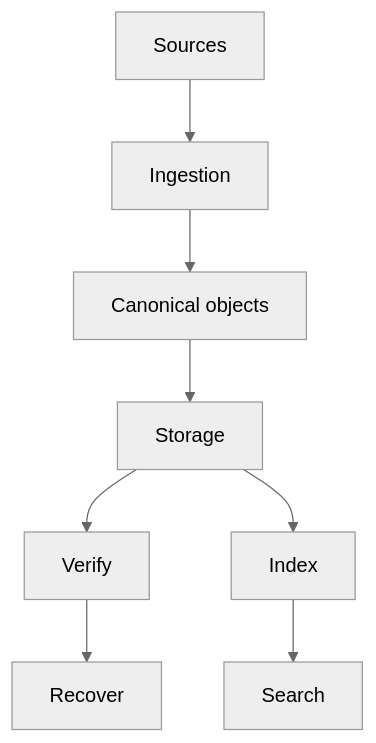
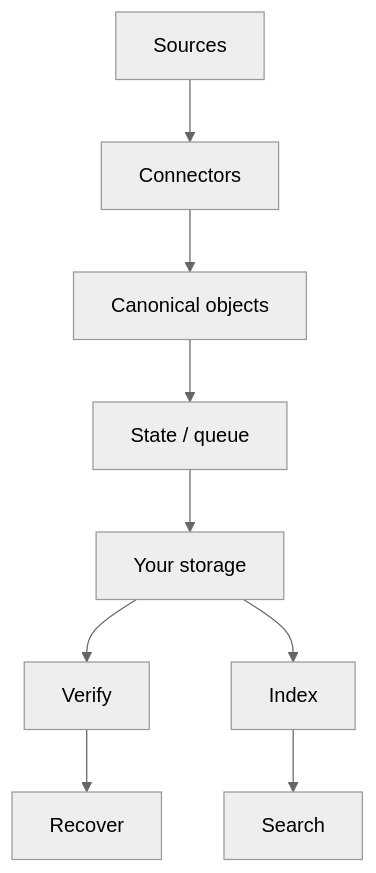
The diagram in README.md (omkar273/burrow), drawn with Mermaid (neutral theme) before and after one commit. The commit also changed other lines of this file and 26 other files, not shown here.

````diff
--- a/README.md
+++ b/README.md
@@ -199,10 +182,11 @@
 ```mermaid
 flowchart TD
-  S[Sources] --> I[Ingestion]
-  I --> O[Canonical objects]
-  O --> ST[Storage]
+  S[Sources] --> C[Connectors]
+  C --> O[Canonical objects]
+  O --> Q[State / queue]
+  Q --> ST[Your storage]
   ST --> V[Verify]
   ST --> X[Index]
   V --> R[Recover]
   X --> F[Search]
 ```
````
